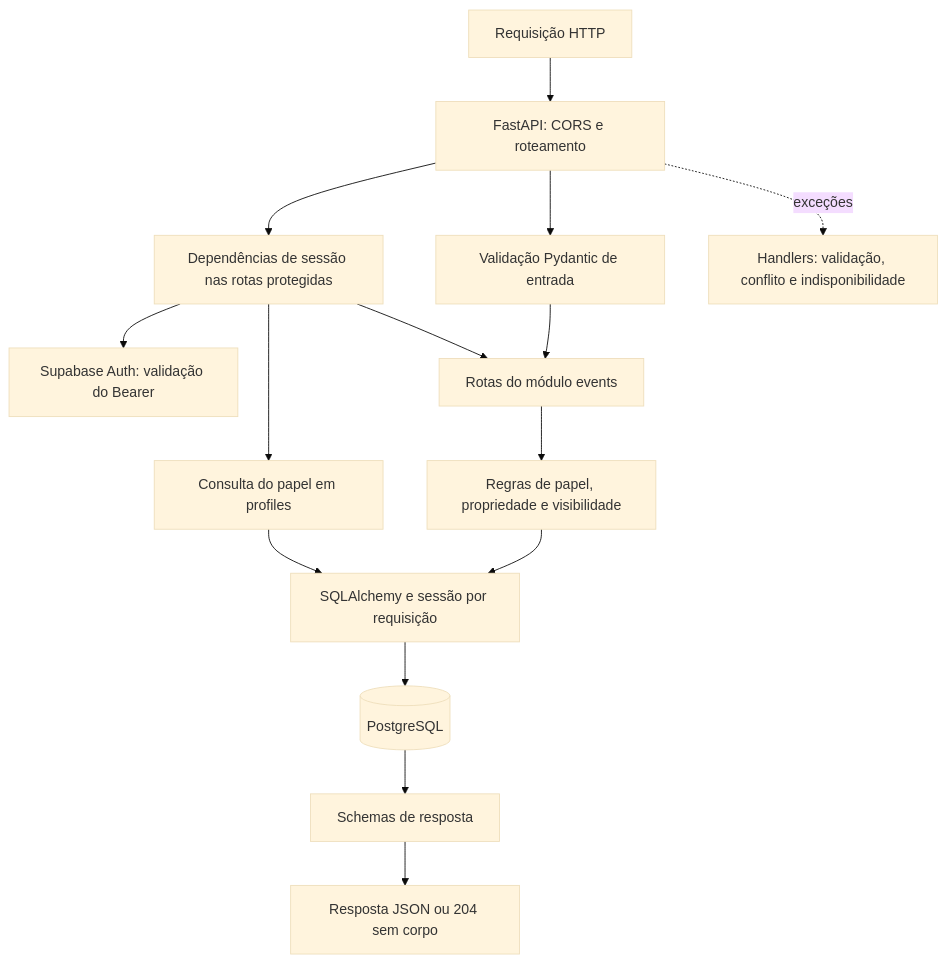
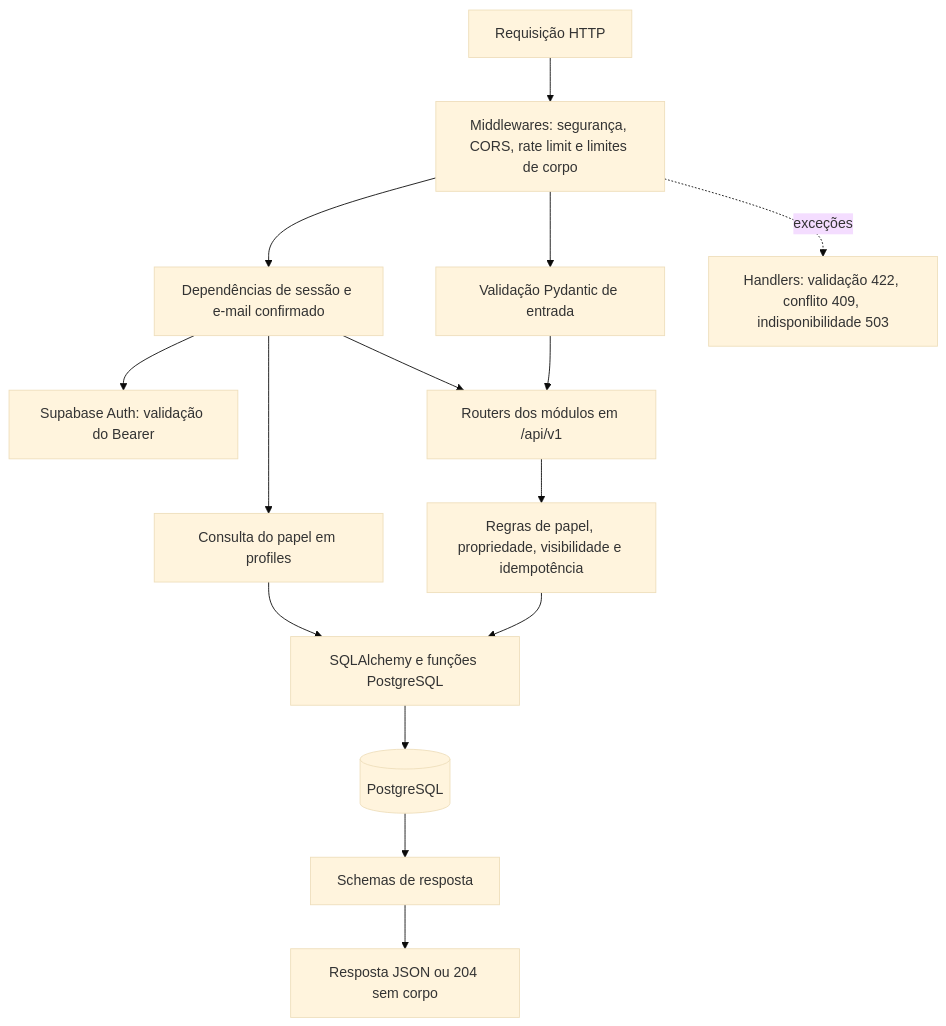
One commit to unb-mds/2026-2-AgendaUnB changed the second of 2 diagrams in docs/arquitetura/visao-geral.md. Above: the diagram before and after it, drawn with Mermaid (base theme). The commit also changed other lines of this file and 58 other files, not shown here.

````diff
--- a/docs/arquitetura/visao-geral.md
+++ b/docs/arquitetura/visao-geral.md
@@ -69,17 +69,17 @@
 ```mermaid
 flowchart TB
-    HTTP[Requisição HTTP] --> APP[FastAPI: CORS e roteamento]
-    APP --> VALID[Validação Pydantic de entrada]
-    APP --> DEP[Dependências de sessão nas rotas protegidas]
+    HTTP[Requisição HTTP] --> MW[Middlewares: segurança, CORS, rate limit e limites de corpo]
+    MW --> VALID[Validação Pydantic de entrada]
+    MW --> DEP[Dependências de sessão e e-mail confirmado]
     DEP --> AUTH[Supabase Auth: validação do Bearer]
     DEP --> PROFILE[Consulta do papel em profiles]
-    VALID --> ROUTE[Rotas do módulo events]
+    VALID --> ROUTE[Routers dos módulos em /api/v1]
     DEP --> ROUTE
-    ROUTE --> RULE[Regras de papel, propriedade e visibilidade]
-    RULE --> ORM[SQLAlchemy e sessão por requisição]
+    ROUTE --> RULE[Regras de papel, propriedade, visibilidade e idempotência]
+    RULE --> ORM[SQLAlchemy e funções PostgreSQL]
     PROFILE --> ORM
     ORM --> DB[(PostgreSQL)]
     DB --> OUT[Schemas de resposta]
     OUT --> JSON[Resposta JSON ou 204 sem corpo]
-    APP -. exceções .-> ERR[Handlers: validação, conflito e indisponibilidade]
+    MW -. exceções .-> ERR[Handlers: validação 422, conflito 409, indisponibilidade 503]
 ```
````
